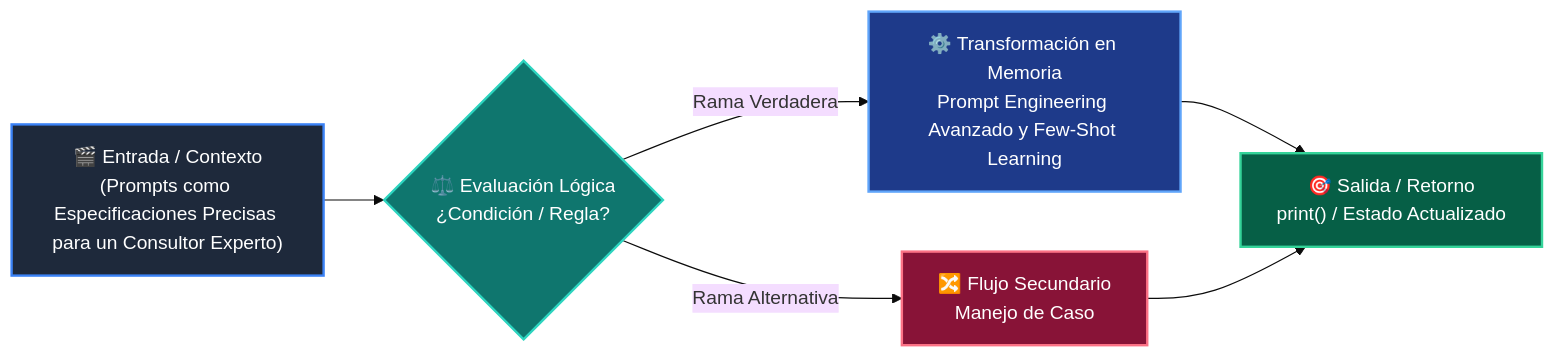
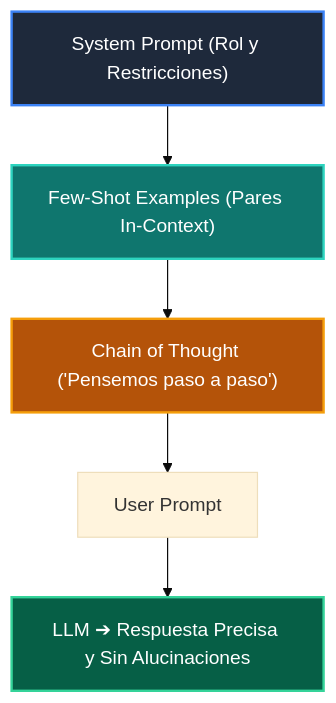
The diagram in 03-agentes-ia/clase-02-prompt-engineering-avanzado/README.md (wisrovi/wisrovi-python), drawn with Mermaid (base theme) before and after one commit. The commit also changed other lines of this file and 271 other files, not shown here.

Commit message:
docs: rewrite all README.md files with bespoke topic-specific Mermaid diagrams and remove repetitive boilerplate

````diff
--- a/03-agentes-ia/clase-02-prompt-engineering-avanzado/README.md
+++ b/03-agentes-ia/clase-02-prompt-engineering-avanzado/README.md
@@ -35,14 +12,12 @@
 ```mermaid
-flowchart LR
-    A["🎬 Entrada / Contexto<br/>(Prompts como Especificaciones Precisas para un Consultor Experto)"] --> B{"⚖️ Evaluación Lógica<br/>¿Condición / Regla?"}
-    B -->|Rama Verdadera| C["⚙️ Transformación en Memoria<br/>Prompt Engineering Avanzado y Few-Shot Learning"]
-    B -->|Rama Alternativa| D["🔀 Flujo Secundario<br/>Manejo de Caso"]
-    C --> E["🎯 Salida / Retorno<br/>print() / Estado Actualizado"]
-    D --> E
+flowchart TD
+    SYS["System Prompt (Rol y Restricciones)"] --> CTX["Few-Shot Examples (Pares In-Context)"]
+    CTX --> COT["Chain of Thought ('Pensemos paso a paso')"]
+    COT --> USR["User Prompt"]
+    USR --> LLM["LLM ➔ Respuesta Precisa y Sin Alucinaciones"]
 
-    style A fill:#1e293b,color:#ffffff,stroke:#3b82f6,stroke-width:2px
-    style B fill:#0f766e,color:#ffffff,stroke:#2dd4bf,stroke-width:2px
-    style C fill:#1e3a8a,color:#ffffff,stroke:#60a5fa,stroke-width:2px
-    style D fill:#881337,color:#ffffff,stroke:#fb7185,stroke-width:2px
-    style E fill:#065f46,color:#ffffff,stroke:#34d399,stroke-width:2px
+    style SYS fill:#1e293b,color:#fff,stroke:#3b82f6,stroke-width:2px
+    style CTX fill:#0f766e,color:#fff,stroke:#2dd4bf,stroke-width:2px
+    style COT fill:#b45309,color:#fff,stroke:#f59e0b,stroke-width:2px
+    style LLM fill:#065f46,color:#fff,stroke:#34d399,stroke-width:2px
 ```
````
